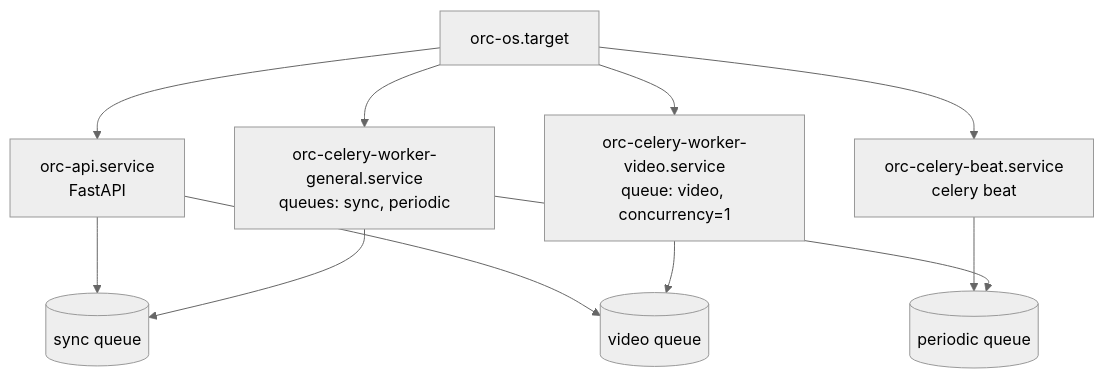
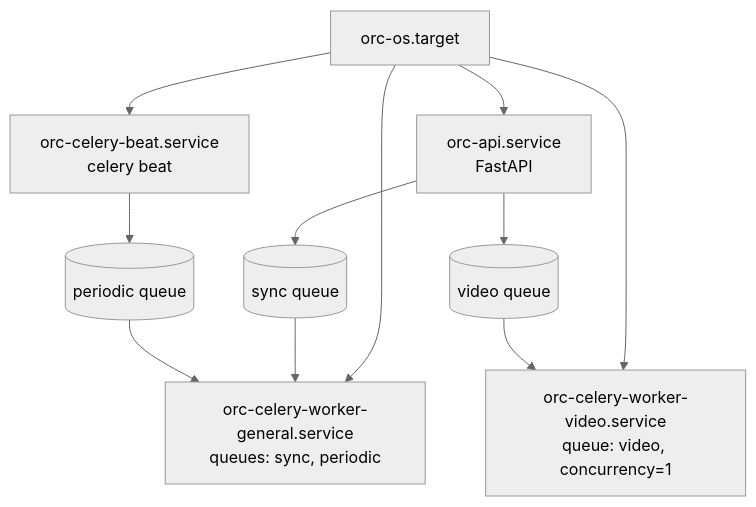
The diagram in README.md (localdevices/ORC-OS), drawn with Mermaid (neutral theme) before and after one commit.

Commit message:
Updated schematic, turn around arrows from queue to workers #177

````diff
--- a/README.md
+++ b/README.md
@@ -374,13 +374,13 @@
 ```mermaid
 flowchart TD
   T[orc-os.target] --> API[orc-api.service\nFastAPI]
   T --> BEAT[orc-celery-beat.service\ncelery beat]
   T --> WG[orc-celery-worker-general.service\nqueues: sync, periodic]
   T --> WV[orc-celery-worker-video.service\nqueue: video, concurrency=1]
   BEAT --> QP[(periodic queue)]
   API --> QS[(sync queue)]
   API --> QV[(video queue)]
-  WG --> QS
-  WG --> QP
-  WV --> QV
+  QS --> WG
+  QP --> WG
+  QV --> WV
 ```
````
